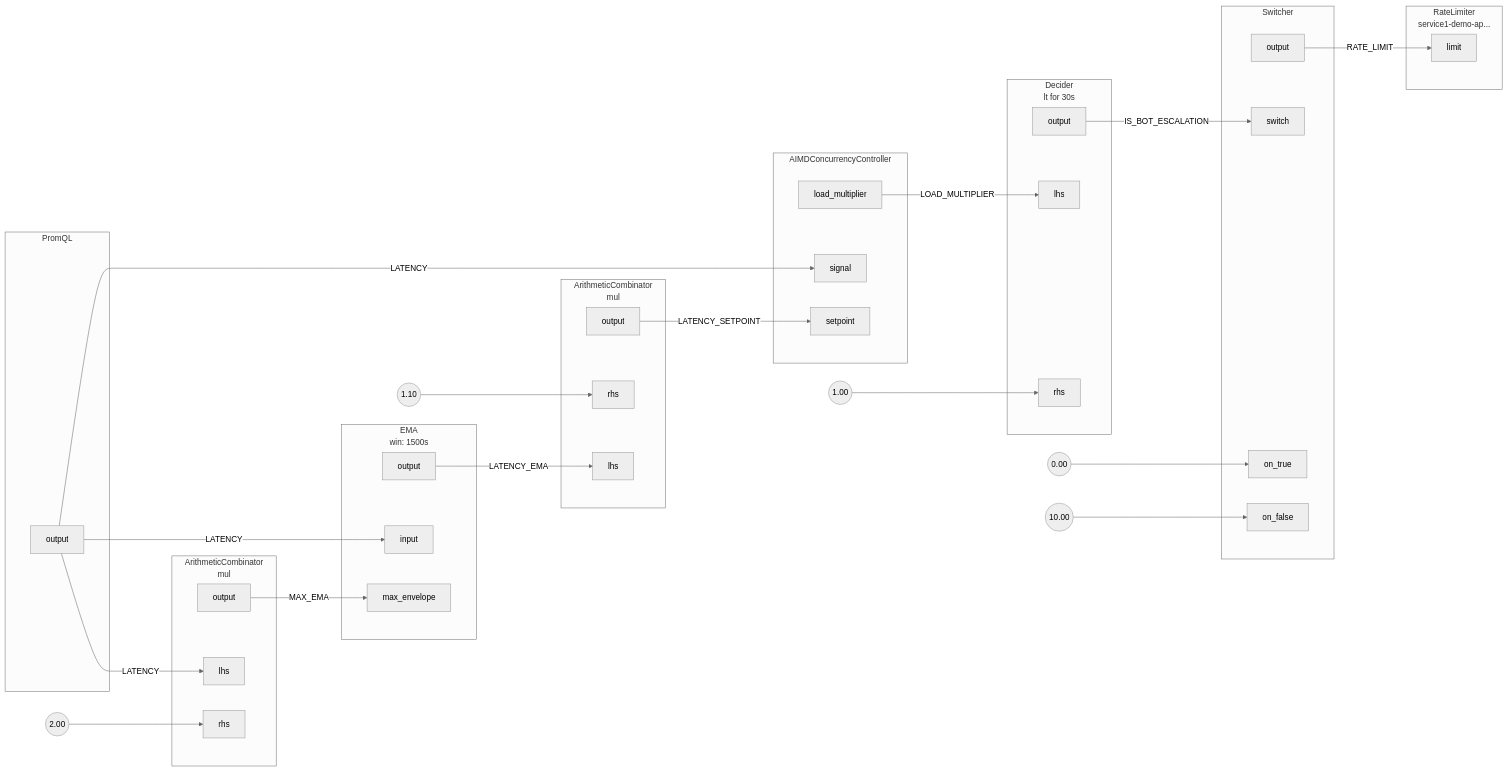
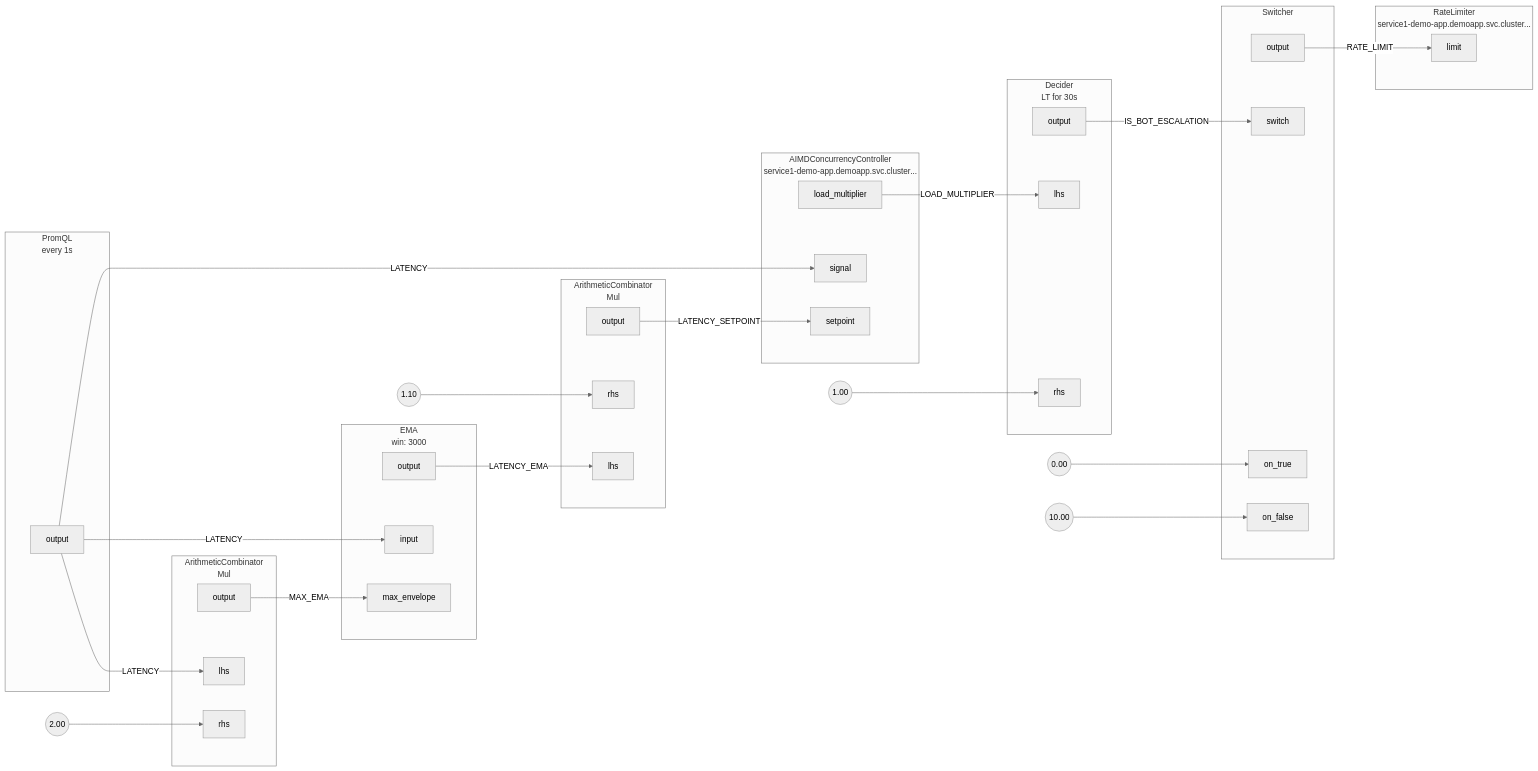
One commit to fluxninja/aperture changed the diagram in docs/content/tutorials/integrations/flow-control/rate-limiting/assets/dynamic-rate-limiting/dynamic-rate-limiting.mmd. Above: the diagram before and after it, drawn with Mermaid (neutral theme). The commit also changed 60 other files, not shown here.

Commit message:
mermaid: add short description

```diff
--- a/docs/content/tutorials/integrations/flow-control/rate-limiting/assets/dynamic-rate-limiting/dynamic-rate-limiting.mmd
+++ b/docs/content/tutorials/integrations/flow-control/rate-limiting/assets/dynamic-rate-limiting/dynamic-rate-limiting.mmd
@@ -1,99 +1,99 @@
 flowchart LR
-subgraph root.0[PromQL]
+subgraph root.0[<center>PromQL<br/>every 1s</center>]
 subgraph root.0_outports[ ]
 style root.0_outports fill:none,stroke:none
 root.0output[output]
 end
 end
 FakeConstant0((2.00))
 FakeConstant0 --> root.1rhs
-subgraph root.1[<center>ArithmeticCombinator<br/>mul</center>]
+subgraph root.1[<center>ArithmeticCombinator<br/>Mul</center>]
 subgraph root.1_inports[ ]
 style root.1_inports fill:none,stroke:none
+root.1lhs[lhs]
 root.1rhs[rhs]
-root.1lhs[lhs]
 end
 subgraph root.1_outports[ ]
 style root.1_outports fill:none,stroke:none
 root.1output[output]
 end
 end
 FakeConstant1((1.10))
 FakeConstant1 --> root.2rhs
-subgraph root.2[<center>ArithmeticCombinator<br/>mul</center>]
+subgraph root.2[<center>ArithmeticCombinator<br/>Mul</center>]
 subgraph root.2_inports[ ]
 style root.2_inports fill:none,stroke:none
 root.2lhs[lhs]
 root.2rhs[rhs]
 end
 subgraph root.2_outports[ ]
 style root.2_outports fill:none,stroke:none
 root.2output[output]
 end
 end
-subgraph root.3[<center>EMA<br/>win: 1500s</center>]
+subgraph root.3[<center>EMA<br/>win: 3000</center>]
 subgraph root.3_inports[ ]
 style root.3_inports fill:none,stroke:none
 root.3input[input]
 root.3max_envelope[max_envelope]
 end
 subgraph root.3_outports[ ]
 style root.3_outports fill:none,stroke:none
 root.3output[output]
 end
 end
-subgraph root.4[AIMDConcurrencyController]
+subgraph root.4[<center>AIMDConcurrencyController<br/>service1-demo-app.demoapp.svc.cluster...</center>]
 subgraph root.4_inports[ ]
 style root.4_inports fill:none,stroke:none
+root.4signal[signal]
 root.4setpoint[setpoint]
-root.4signal[signal]
 end
 subgraph root.4_outports[ ]
 style root.4_outports fill:none,stroke:none
 root.4load_multiplier[load_multiplier]
 end
 end
 FakeConstant2((1.00))
 FakeConstant2 --> root.5rhs
-subgraph root.5[<center>Decider<br/>lt for 30s</center>]
+subgraph root.5[<center>Decider<br/>LT for 30s</center>]
 subgraph root.5_inports[ ]
 style root.5_inports fill:none,stroke:none
 root.5lhs[lhs]
 root.5rhs[rhs]
 end
 subgraph root.5_outports[ ]
 style root.5_outports fill:none,stroke:none
 root.5output[output]
 end
 end
 FakeConstant3((0.00))
 FakeConstant3 --> root.6on_true
 FakeConstant4((10.00))
 FakeConstant4 --> root.6on_false
 subgraph root.6[Switcher]
 subgraph root.6_inports[ ]
 style root.6_inports fill:none,stroke:none
 root.6on_true[on_true]
 root.6on_false[on_false]
 root.6switch[switch]
 end
 subgraph root.6_outports[ ]
 style root.6_outports fill:none,stroke:none
 root.6output[output]
 end
 end
-subgraph root.7[<center>RateLimiter<br/>service1-demo-ap...</center>]
+subgraph root.7[<center>RateLimiter<br/>service1-demo-app.demoapp.svc.cluster...</center>]
 subgraph root.7_inports[ ]
 style root.7_inports fill:none,stroke:none
 root.7limit[limit]
 end
 end
+root.3output --> |LATENCY_EMA| root.2lhs
 root.4load_multiplier --> |LOAD_MULTIPLIER| root.5lhs
 root.5output --> |IS_BOT_ESCALATION| root.6switch
 root.6output --> |RATE_LIMIT| root.7limit
 root.0output --> |LATENCY| root.1lhs
 root.0output --> |LATENCY| root.3input
 root.0output --> |LATENCY| root.4signal
 root.1output --> |MAX_EMA| root.3max_envelope
 root.2output --> |LATENCY_SETPOINT| root.4setpoint
-root.3output --> |LATENCY_EMA| root.2lhs
```
